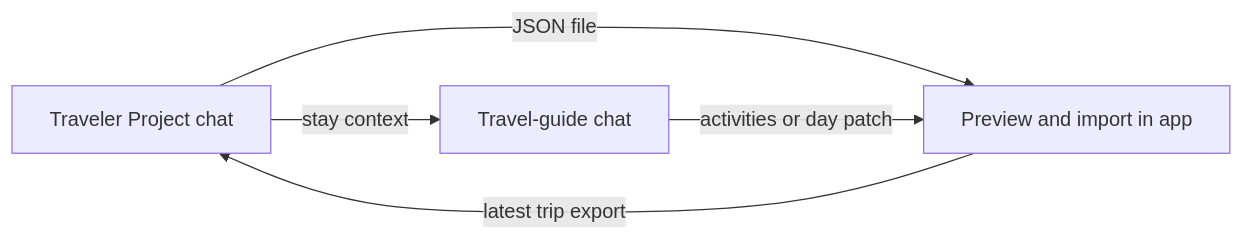
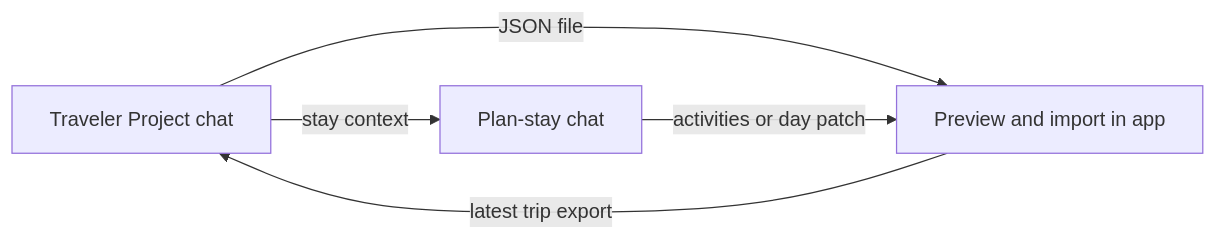
One commit to Tshort76/traveler changed the second of 2 diagrams in README.md. Above: the diagram before and after it, drawn with Mermaid. The commit also changed other lines of this file and 5 other files, not shown here.

````diff
--- a/README.md
+++ b/README.md
@@ -50,7 +66,7 @@
 ```mermaid
 flowchart LR
     Chat[Traveler Project chat] -->|JSON file| App[Preview and import in app]
     App -->|latest trip export| Chat
-    Chat -->|stay context| Guide[Travel-guide chat]
+    Chat -->|stay context| Guide[Plan-stay chat]
     Guide -->|activities or day patch| App
 ```
````
